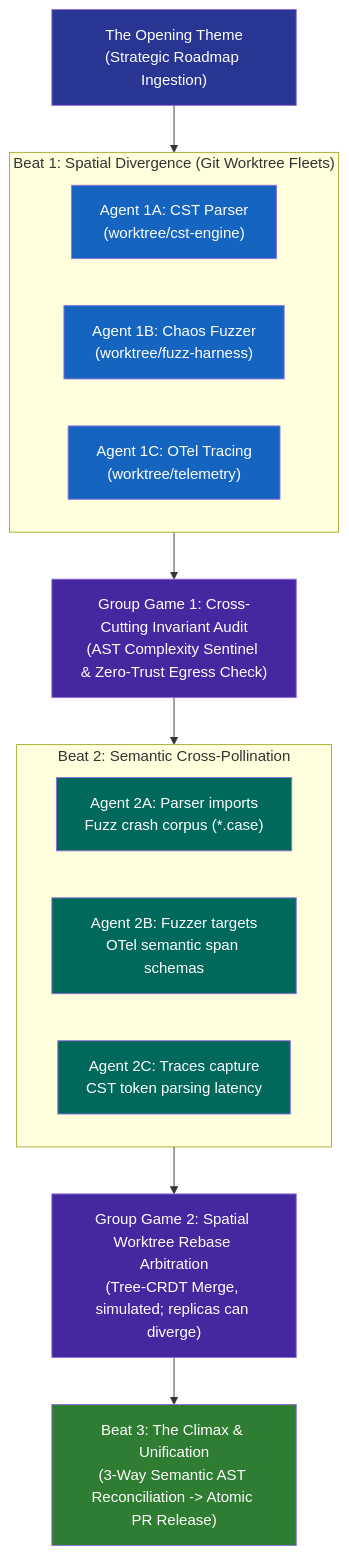
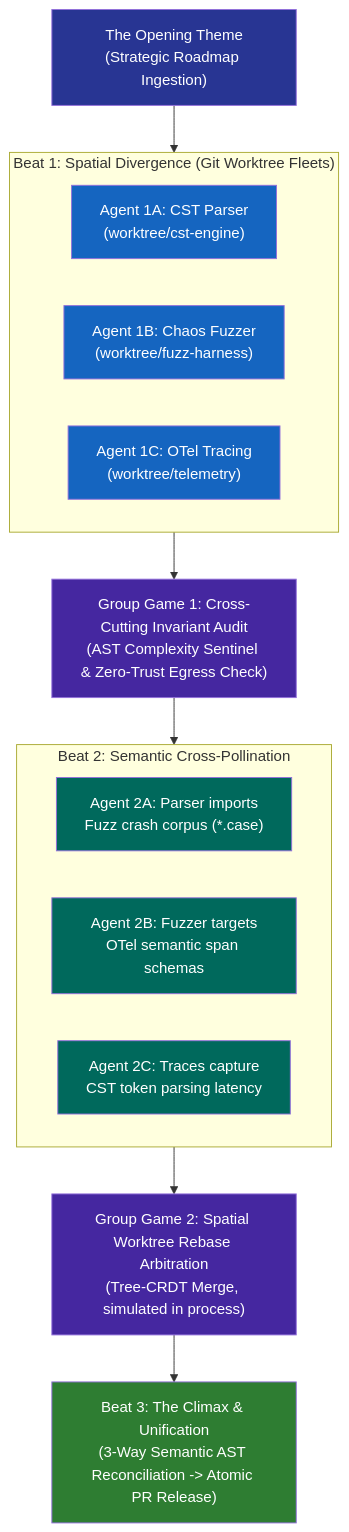
One commit to dan-petty/vibes changed the fifth of 6 diagrams in docs/TAXONOMY.md. Above: the diagram before and after it, drawn with Mermaid. The commit also changed 10 other files, not shown here.

````diff
--- a/docs/TAXONOMY.md
+++ b/docs/TAXONOMY.md
@@ -243,36 +243,36 @@
 ```mermaid
 flowchart TD
     classDef opening fill:#283593,color:#fff
     classDef beat1 fill:#1565c0,color:#fff
     classDef group fill:#4527a0,color:#fff
     classDef beat2 fill:#00695c,color:#fff
     classDef climax fill:#2e7d32,color:#fff
 
     O["The Opening Theme<br/>(Strategic Roadmap Ingestion)"]:::opening
 
     subgraph B1["Beat 1: Spatial Divergence (Git Worktree Fleets)"]
         direction LR
         S1["Agent 1A: CST Parser<br/>(worktree/cst-engine)"]:::beat1
         S2["Agent 1B: Chaos Fuzzer<br/>(worktree/fuzz-harness)"]:::beat1
         S3["Agent 1C: OTel Tracing<br/>(worktree/telemetry)"]:::beat1
     end
 
     G1["Group Game 1: Cross-Cutting Invariant Audit<br/>(AST Complexity Sentinel & Zero-Trust Egress Check)"]:::group
 
     subgraph B2["Beat 2: Semantic Cross-Pollination"]
         direction LR
         S4["Agent 2A: Parser imports<br/>Fuzz crash corpus (*.case)"]:::beat2
         S5["Agent 2B: Fuzzer targets<br/>OTel semantic span schemas"]:::beat2
         S6["Agent 2C: Traces capture<br/>CST token parsing latency"]:::beat2
     end
 
-    G2["Group Game 2: Spatial Worktree Rebase Arbitration<br/>(Tree-CRDT Merge, simulated; replicas can diverge)"]:::group
+    G2["Group Game 2: Spatial Worktree Rebase Arbitration<br/>(Tree-CRDT Merge, simulated in process)"]:::group
 
     C["Beat 3: The Climax & Unification<br/>(3-Way Semantic AST Reconciliation -> Atomic PR Release)"]:::climax
 
     O --> B1
     B1 --> G1
     G1 --> B2
     B2 --> G2
     G2 --> C
 ```
````
